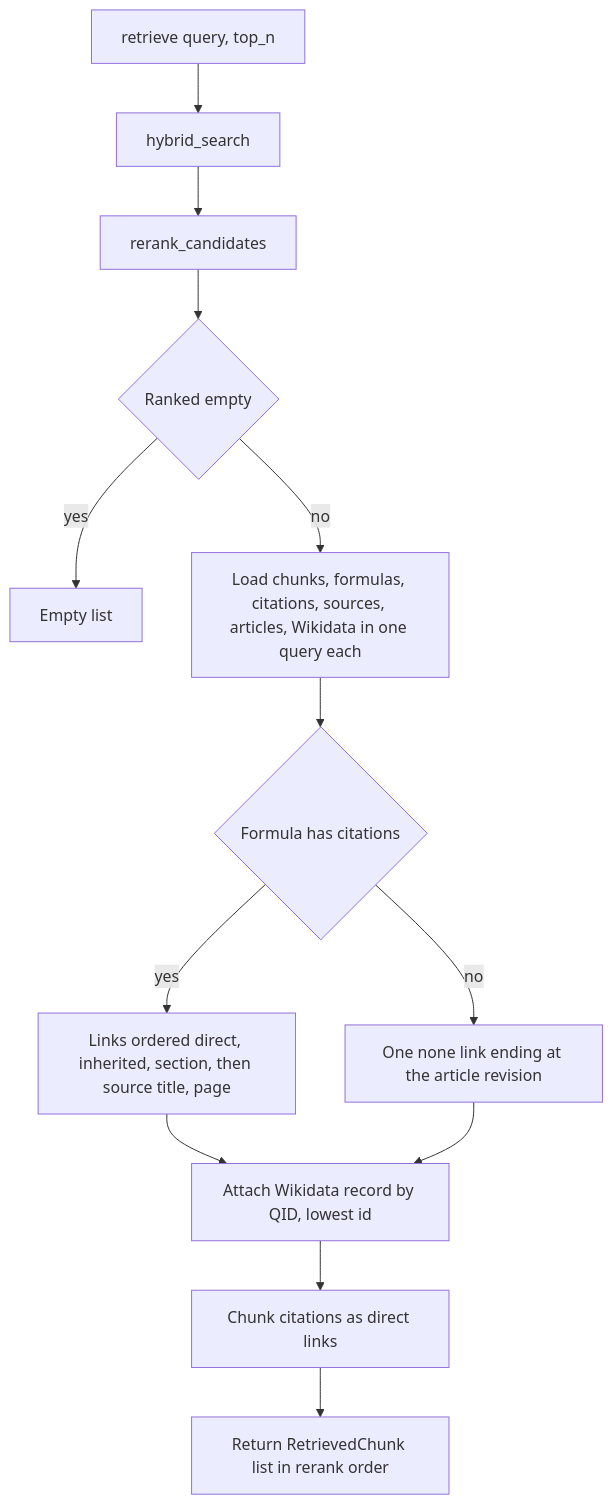
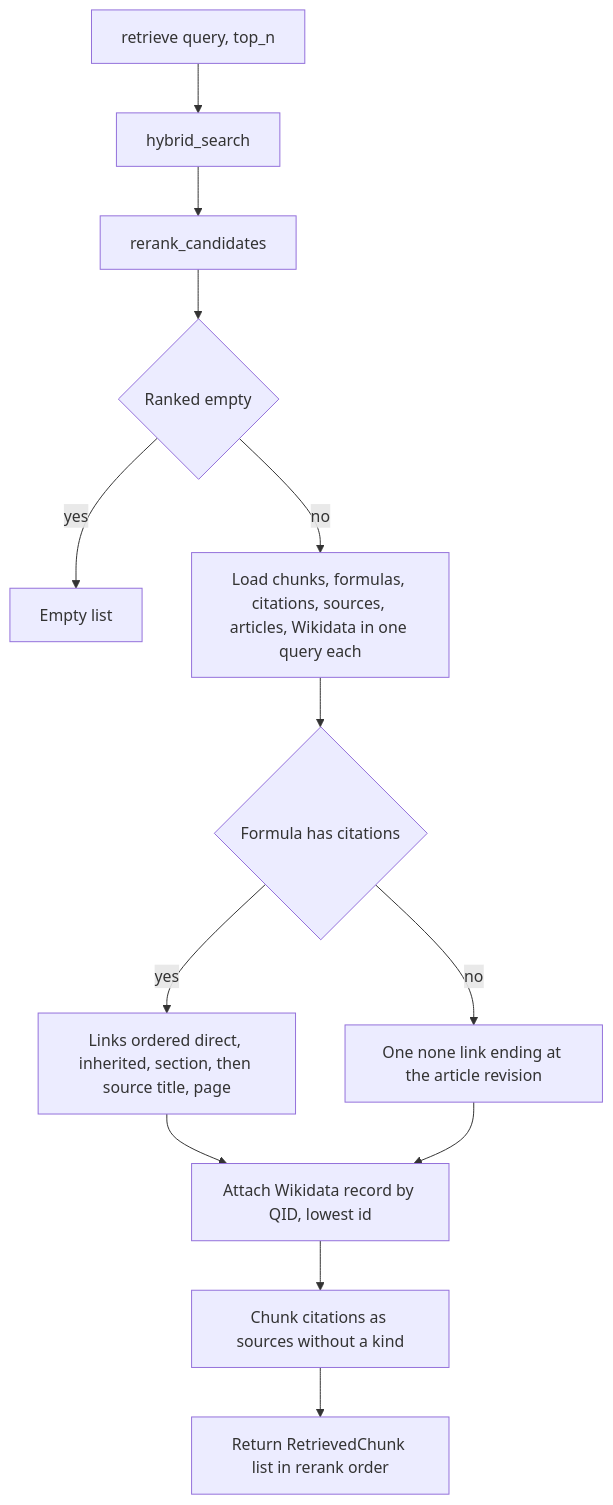
One commit to tudorciobanu99/momentum changed the diagram in docs/flows/retrieval-results.md. Above: the diagram before and after it, drawn with Mermaid. The commit also changed 4 other files, not shown here.

Commit message:
fix(backend): report chunk citations without a provenance kind

````diff
--- a/docs/flows/retrieval-results.md
+++ b/docs/flows/retrieval-results.md
@@ -3,15 +3,15 @@
 ```mermaid
 flowchart TD
     A[retrieve query, top_n] --> B[hybrid_search]
     B --> C[rerank_candidates]
     C --> D{Ranked empty}
     D -- yes --> E[Empty list]
     D -- no --> F[Load chunks, formulas, citations, sources, articles, Wikidata in one query each]
     F --> G{Formula has citations}
     G -- yes --> H[Links ordered direct, inherited, section, then source title, page]
     G -- no --> I[One none link ending at the article revision]
     H --> J[Attach Wikidata record by QID, lowest id]
     I --> J
-    J --> K[Chunk citations as direct links]
+    J --> K[Chunk citations as sources without a kind]
     K --> L[Return RetrievedChunk list in rerank order]
 ```
````
